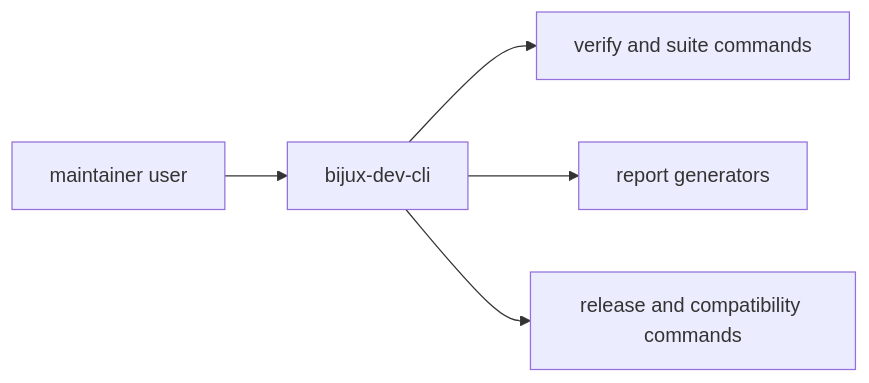
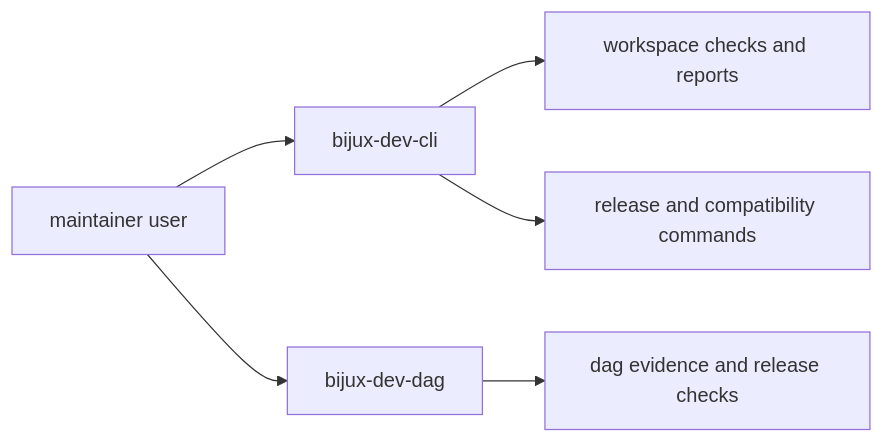
Before and after one commit to bijux/bijux-cli: the diagram in docs/bijux-dev/operations/command-surface.md, drawn with Mermaid. The commit also changed other lines of this file and 1 other file, not shown here.

Commit message:
docs(maintainer): document dual control-plane binaries for cli and dag

````diff
--- a/docs/bijux-dev/operations/command-surface.md
+++ b/docs/bijux-dev/operations/command-surface.md
@@ -17,7 +17,8 @@
 ```mermaid
 flowchart LR
     maintainer[maintainer user] --> dev_cli[bijux-dev-cli]
-    dev_cli --> verify[verify and suite commands]
-    dev_cli --> reports[report generators]
+    maintainer --> dev_dag[bijux-dev-dag]
+    dev_cli --> verify[workspace checks and reports]
+    dev_dag --> evidence[dag evidence and release checks]
     dev_cli --> release[release and compatibility commands]
 ```
````
